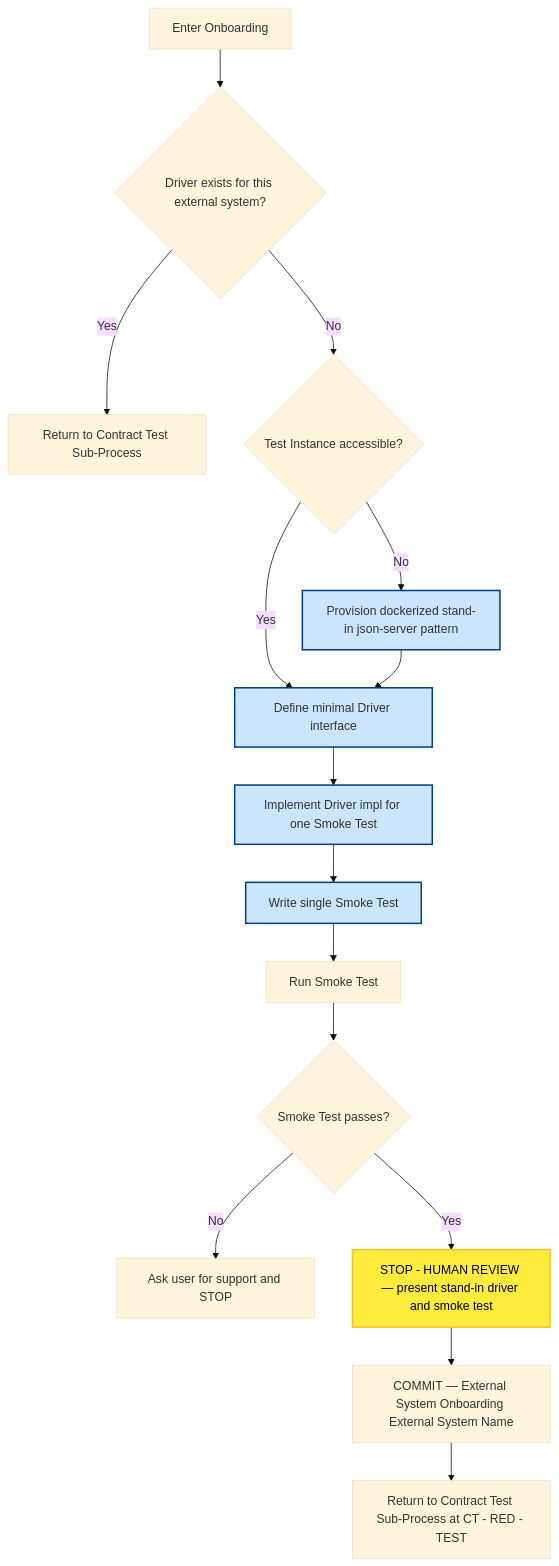
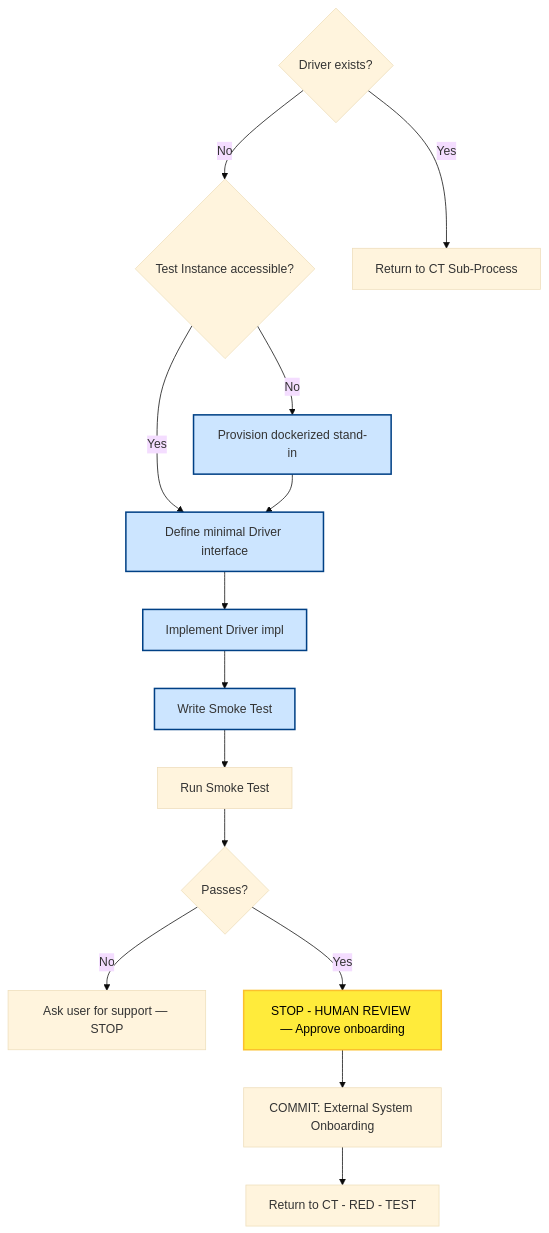
The fifth of 10 diagrams in docs/atdd/process/diagram-process.md (optivem/starter), drawn with Mermaid (base theme) before and after one commit. The commit also changed other lines of this file and 19 other files, not shown here.

````diff
--- a/docs/atdd/process/diagram-process.md
+++ b/docs/atdd/process/diagram-process.md
@@ -168,37 +167,35 @@
 ```mermaid
 flowchart TD
-    ENTER[Enter Onboarding]
-    GATE_DRIVER{Driver exists for this external system?}
-    RETURN_EARLY[Return to Contract Test Sub-Process]
-    GATE_INSTANCE{Test Instance accessible?}
-    PROVISION[Provision dockerized stand-in json-server pattern]
+    DRIVER_GATE{Driver exists?}
+    INSTANCE_GATE{Test Instance accessible?}
+    PROVISION[Provision dockerized stand-in]
     DEFINE_IFACE[Define minimal Driver interface]
-    IMPL_DRIVER[Implement Driver impl for one Smoke Test]
-    WRITE_SMOKE[Write single Smoke Test]
+    IMPL_DRIVER[Implement Driver impl]
+    WRITE_SMOKE[Write Smoke Test]
     RUN_SMOKE[Run Smoke Test]
-    GATE_PASS{Smoke Test passes?}
-    ASK_USER[Ask user for support and STOP]
-    STOP_REVIEW[STOP - HUMAN REVIEW — present stand-in driver and smoke test]
-    COMMIT[COMMIT — External System Onboarding External System Name]
-    RETURN[Return to Contract Test Sub-Process at CT - RED - TEST]
+    SMOKE_PASS{Passes?}
+    ASK_SUPPORT[Ask user for support — STOP]
+    STOP_REVIEW[STOP - HUMAN REVIEW — Approve onboarding]
+    COMMIT[COMMIT: External System Onboarding]
+    RETURN_EARLY[Return to CT Sub-Process]
+    RETURN[Return to CT - RED - TEST]
 
-    ENTER --> GATE_DRIVER
-    GATE_DRIVER -->|Yes| RETURN_EARLY
-    GATE_DRIVER -->|No| GATE_INSTANCE
-    GATE_INSTANCE -->|Yes| DEFINE_IFACE
-    GATE_INSTANCE -->|No| PROVISION
+    DRIVER_GATE -->|Yes| RETURN_EARLY
+    DRIVER_GATE -->|No| INSTANCE_GATE
+    INSTANCE_GATE -->|Yes| DEFINE_IFACE
+    INSTANCE_GATE -->|No| PROVISION
     PROVISION --> DEFINE_IFACE
     DEFINE_IFACE --> IMPL_DRIVER
     IMPL_DRIVER --> WRITE_SMOKE
     WRITE_SMOKE --> RUN_SMOKE
-    RUN_SMOKE --> GATE_PASS
-    GATE_PASS -->|No| ASK_USER
-    GATE_PASS -->|Yes| STOP_REVIEW
+    RUN_SMOKE --> SMOKE_PASS
+    SMOKE_PASS -->|No| ASK_SUPPORT
+    SMOKE_PASS -->|Yes| STOP_REVIEW
     STOP_REVIEW --> COMMIT
     COMMIT --> RETURN
 
     classDef effortNode fill:#cce5ff,stroke:#004085,stroke-width:2px
     class PROVISION,DEFINE_IFACE,IMPL_DRIVER,WRITE_SMOKE effortNode
     classDef humanReviewNode fill:#ffeb3b,stroke:#fbc02d,stroke-width:2px,color:#000
     class STOP_REVIEW humanReviewNode
 ```
````
